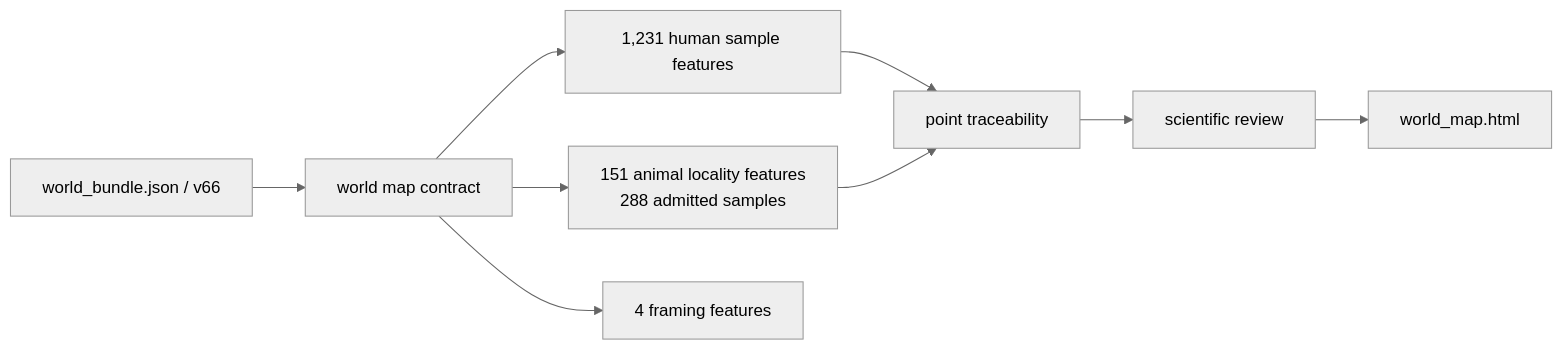
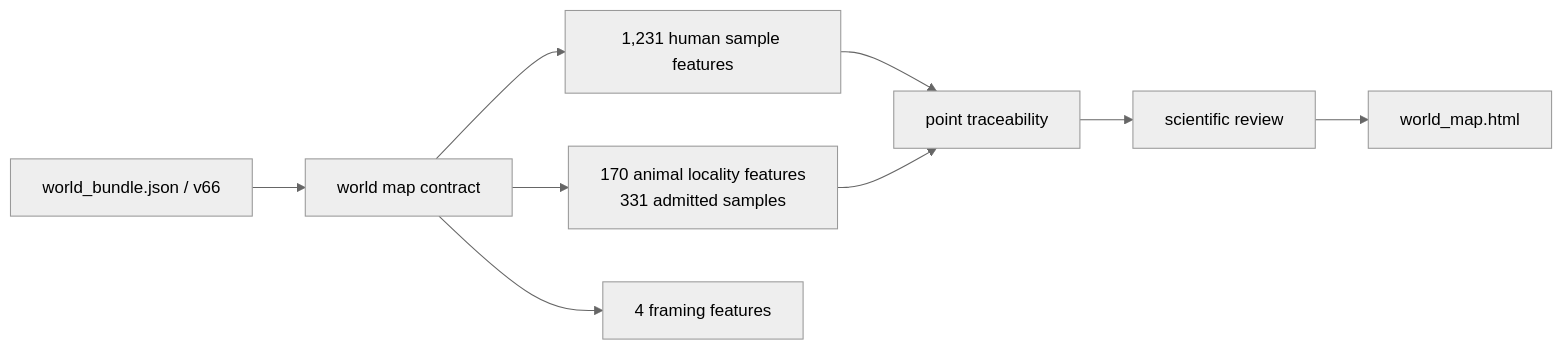
Before and after one commit to bijux/bijux-pollenomics: the eighth of 8 diagrams in docs/public/pollenomics-data/publications/index.md, drawn with Mermaid (neutral theme). The commit also changed other lines of this file and 23 other files, not shown here.

````diff
--- a/docs/public/pollenomics-data/publications/index.md
+++ b/docs/public/pollenomics-data/publications/index.md
@@ -278,11 +278,11 @@
 ```mermaid
 flowchart LR
     Bundle["world_bundle.json / v66"] --> Contract["world map contract"]
     Contract --> AADR["1,231 human sample features"]
-    Contract --> Animal["151 animal locality features<br/>288 admitted samples"]
+    Contract --> Animal["170 animal locality features<br/>331 admitted samples"]
     Contract --> Boundaries["4 framing features"]
     AADR --> Trace["point traceability"]
     Animal --> Trace
     Trace --> Review["scientific review"]
     Review --> Map["world_map.html"]
 ```
````
